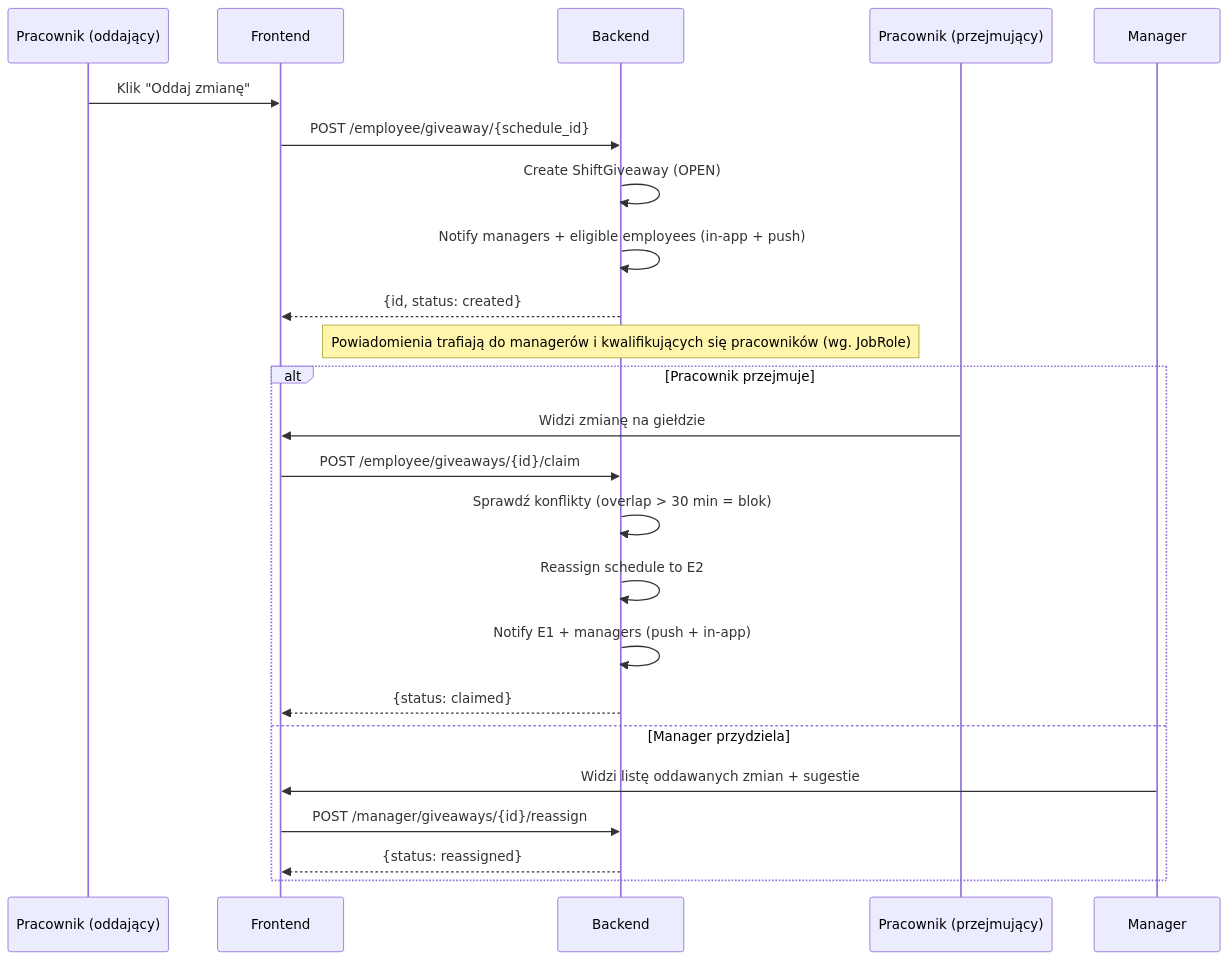
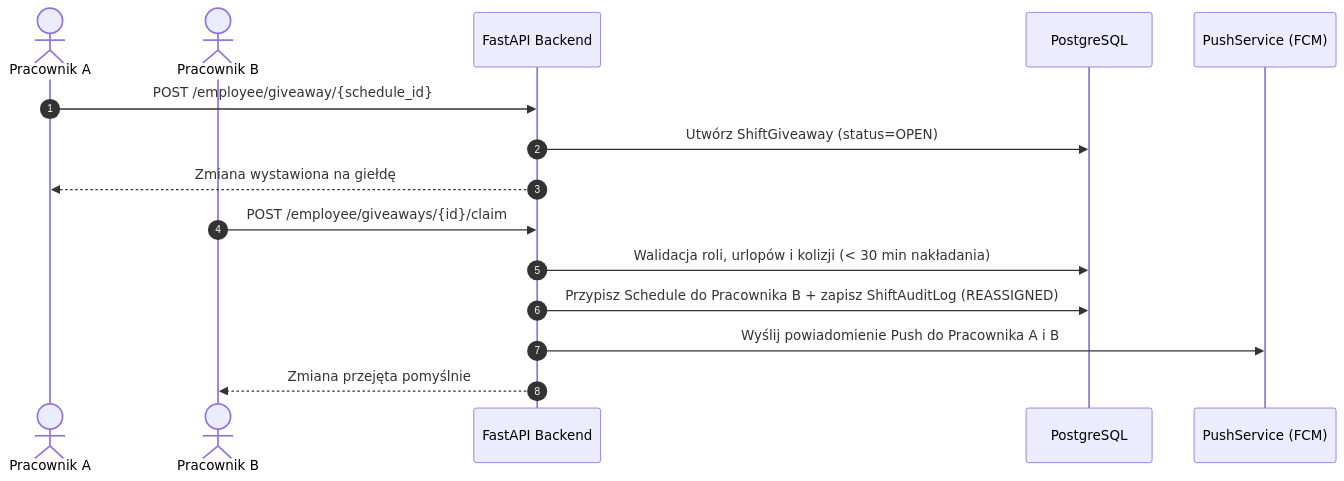
The sixth of 6 diagrams in ARCHITECTURE.md (mwieclawek/PlannerV2), drawn with Mermaid before and after one commit. The commit also changed other lines of this file and 9 other files, not shown here.

Commit message:
docs(release): update all documentation, improve GitHub diagrams with SVG zoom links, and add v2.2.4 release notes

````diff
--- a/ARCHITECTURE.md
+++ b/ARCHITECTURE.md
@@ -445,28 +439,19 @@
 ```mermaid
 sequenceDiagram
-    participant E1 as Pracownik (oddający)
-    participant F as Frontend
-    participant B as Backend
-    participant E2 as Pracownik (przejmujący)
-    participant M as Manager
+    autonumber
+    actor E1 as Pracownik A
+    actor E2 as Pracownik B
+    participant API as FastAPI Backend
+    participant DB as PostgreSQL
+    participant FCM as PushService (FCM)
 
-    E1->>F: Klik "Oddaj zmianę"
-    F->>B: POST /employee/giveaway/{schedule_id}
-    B->>B: Create ShiftGiveaway (OPEN)
-    B->>B: Notify managers + eligible employees (in-app + push)
-    B-->>F: {id, status: created}
-    Note over B: Powiadomienia trafiają do managerów i kwalifikujących się pracowników (wg. JobRole)
+    E1->>API: POST /employee/giveaway/{schedule_id}
+    API->>DB: Utwórz ShiftGiveaway (status=OPEN)
+    API-->>E1: Zmiana wystawiona na giełdę
+    E2->>API: POST /employee/giveaways/{id}/claim
+    API->>DB: Walidacja roli, urlopów i kolizji (< 30 min nakładania)
+    API->>DB: Przypisz Schedule do Pracownika B + zapisz ShiftAuditLog (REASSIGNED)
+    API->>FCM: Wyślij powiadomienie Push do Pracownika A i B
+    API-->>E2: Zmiana przejęta pomyślnie
 
-    alt Pracownik przejmuje
-        E2->>F: Widzi zmianę na giełdzie
-        F->>B: POST /employee/giveaways/{id}/claim
-        B->>B: Sprawdź konflikty (overlap > 30 min = blok)
-        B->>B: Reassign schedule to E2
-        B->>B: Notify E1 + managers (push + in-app)
-        B-->>F: {status: claimed}
-    else Manager przydziela
-        M->>F: Widzi listę oddawanych zmian + sugestie
-        F->>B: POST /manager/giveaways/{id}/reassign
-        B-->>F: {status: reassigned}
-    end
 ```
````
